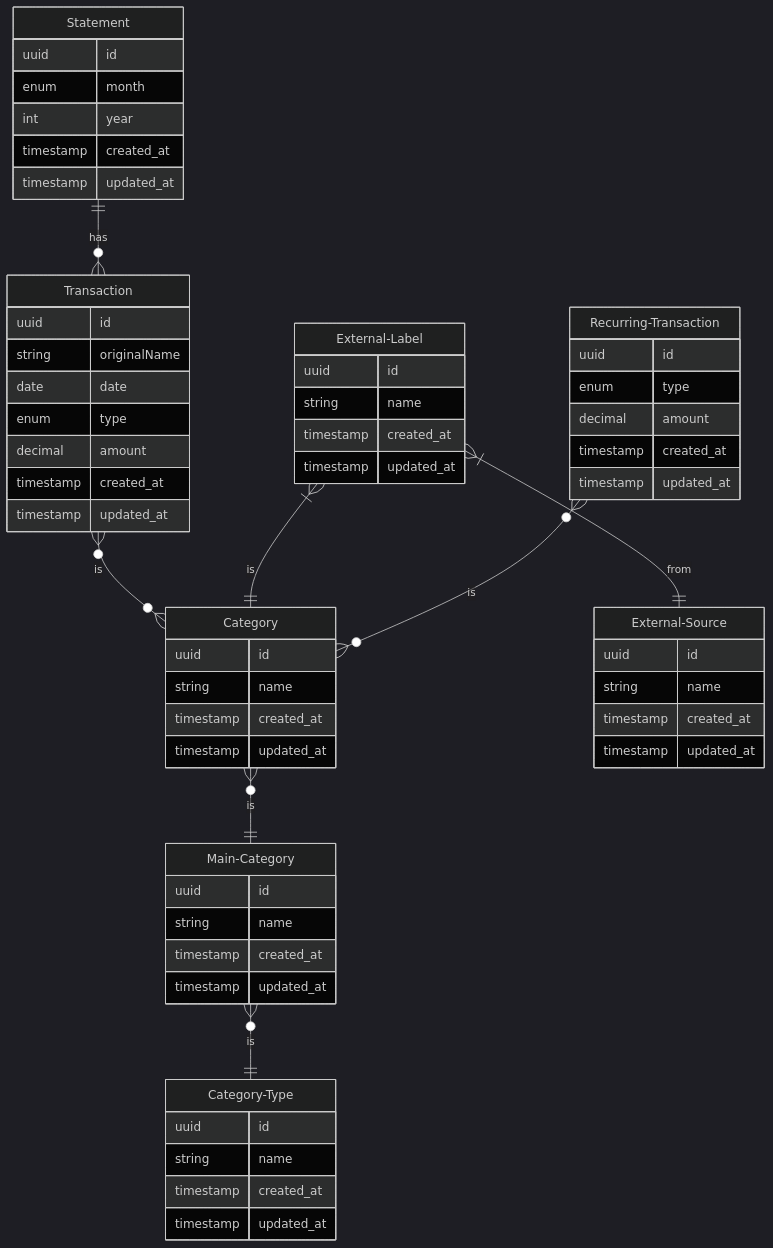
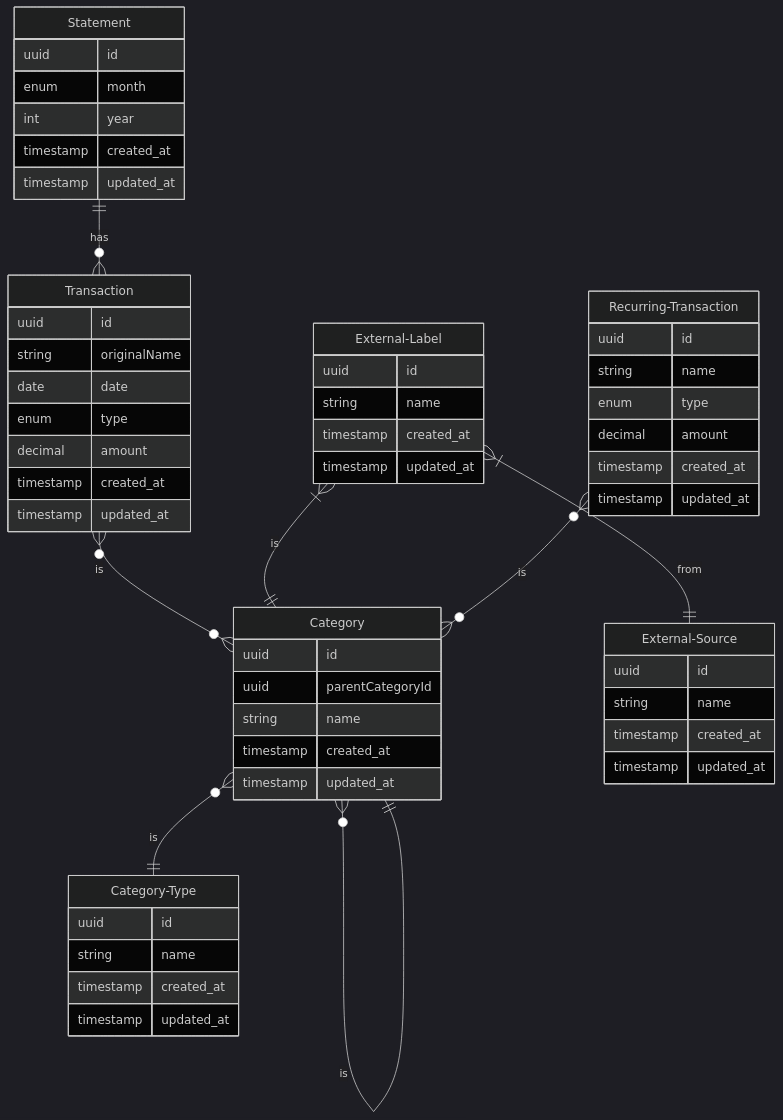
One commit to Arclights/finance-overview changed the diagram in README.md. Above: the diagram before and after it, drawn with Mermaid (dark theme). The commit also changed 1 other file, not shown here.

Commit message:
Updating database model

````diff
--- a/README.md
+++ b/README.md
@@ -2,75 +2,70 @@
 ```mermaid
 erDiagram
     Statement{
         uuid id
         enum month
         int year
         timestamp created_at
         timestamp updated_at
     }
     
     Transaction{
         uuid id
         string originalName
         date date
         enum type
         decimal amount
         timestamp created_at
         timestamp updated_at
     }
     
     Category-Type{
         uuid id
         string name
         timestamp created_at
         timestamp updated_at
     }
-
-    Main-Category{
-        uuid id
-        string name
-        timestamp created_at
-        timestamp updated_at
-    }
     
     Category{
         uuid id
+        uuid parentCategoryId
         string name
         timestamp created_at
         timestamp updated_at
     }
     
     External-Source{
         uuid id
         string name
         timestamp created_at
         timestamp updated_at
     }
     
     External-Label{
         uuid id
         string name
         timestamp created_at
         timestamp updated_at
     }
     
     Recurring-Transaction{
         uuid id
+        string name
         enum type
         decimal amount
         timestamp created_at
         timestamp updated_at
     }
     
     Statement ||--o{ Transaction : has
     
     Transaction }o--o{ Category : is
     
-    Main-Category }o--|| Category-Type : is
-    Category }o--|| Main-Category : is
+    Category }o--|| Category-Type : is
+    Category }o--|| Category : is
     
     External-Label }|--|| External-Source : from
     External-Label }|--|| Category : is
     
     Recurring-Transaction }o--o{ Category : is
 ```
````
